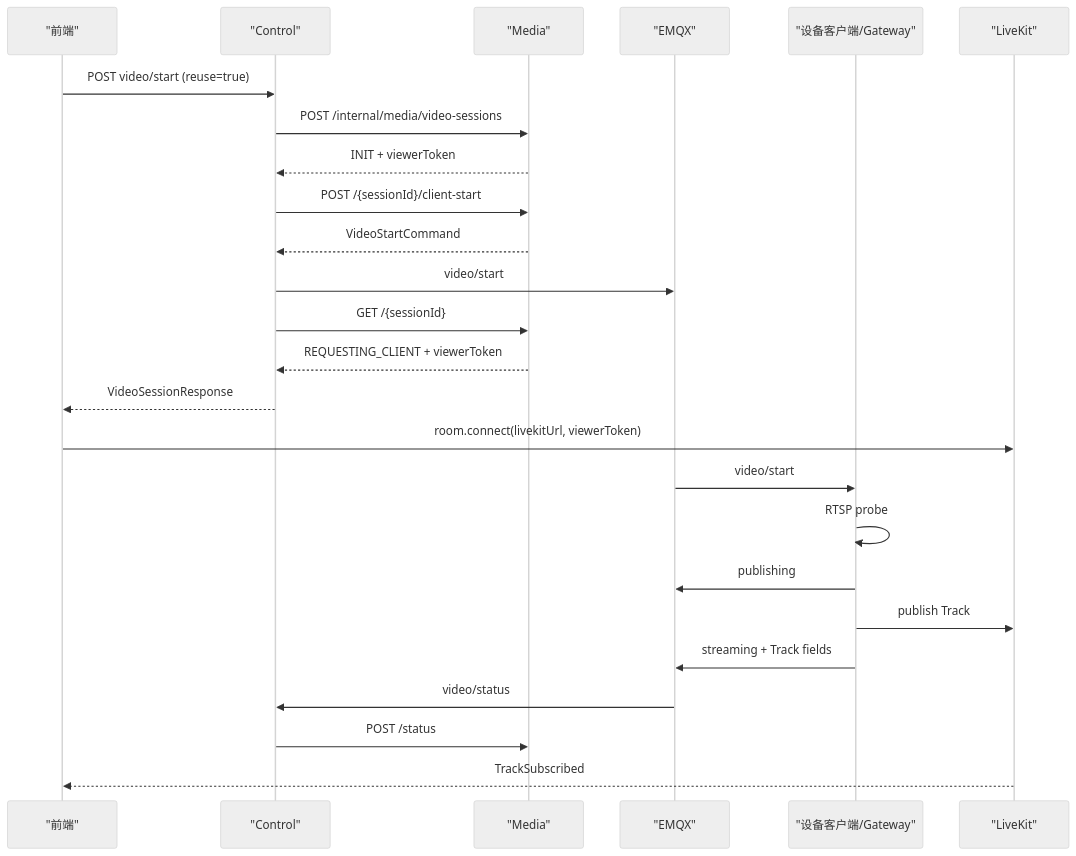
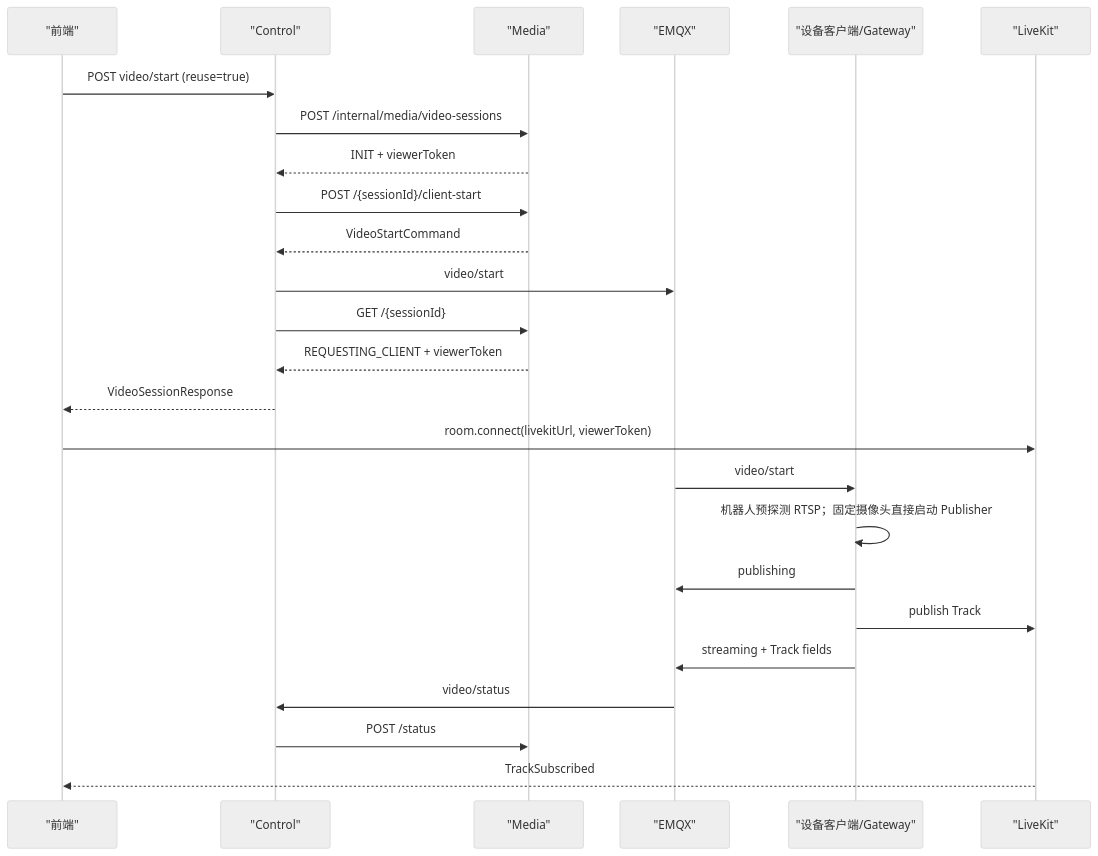
Before and after one commit to waleelay/robot: the diagram in docs/03-接口与协议/实时视频/实时视频接口与协议文档.md, drawn with Mermaid (neutral theme). The commit also changed other lines of this file and 64 other files, not shown here.

````diff
--- a/docs/03-接口与协议/实时视频/实时视频接口与协议文档.md
+++ b/docs/03-接口与协议/实时视频/实时视频接口与协议文档.md
@@ -403,28 +408,28 @@
 ```mermaid
 sequenceDiagram
     participant FE as "前端"
     participant CS as "Control"
     participant MS as "Media"
     participant MQ as "EMQX"
     participant EC as "设备客户端/Gateway"
     participant LK as "LiveKit"
 
     FE->>CS: POST video/start (reuse=true)
     CS->>MS: POST /internal/media/video-sessions
     MS-->>CS: INIT + viewerToken
     CS->>MS: POST /{sessionId}/client-start
     MS-->>CS: VideoStartCommand
     CS->>MQ: video/start
     CS->>MS: GET /{sessionId}
     MS-->>CS: REQUESTING_CLIENT + viewerToken
     CS-->>FE: VideoSessionResponse
     FE->>LK: room.connect(livekitUrl, viewerToken)
     MQ->>EC: video/start
-    EC->>EC: RTSP probe
+    EC->>EC: 机器人预探测 RTSP；固定摄像头直接启动 Publisher
     EC->>MQ: publishing
     EC->>LK: publish Track
     EC->>MQ: streaming + Track fields
     MQ->>CS: video/status
     CS->>MS: POST /status
     LK-->>FE: TrackSubscribed
 ```
````
